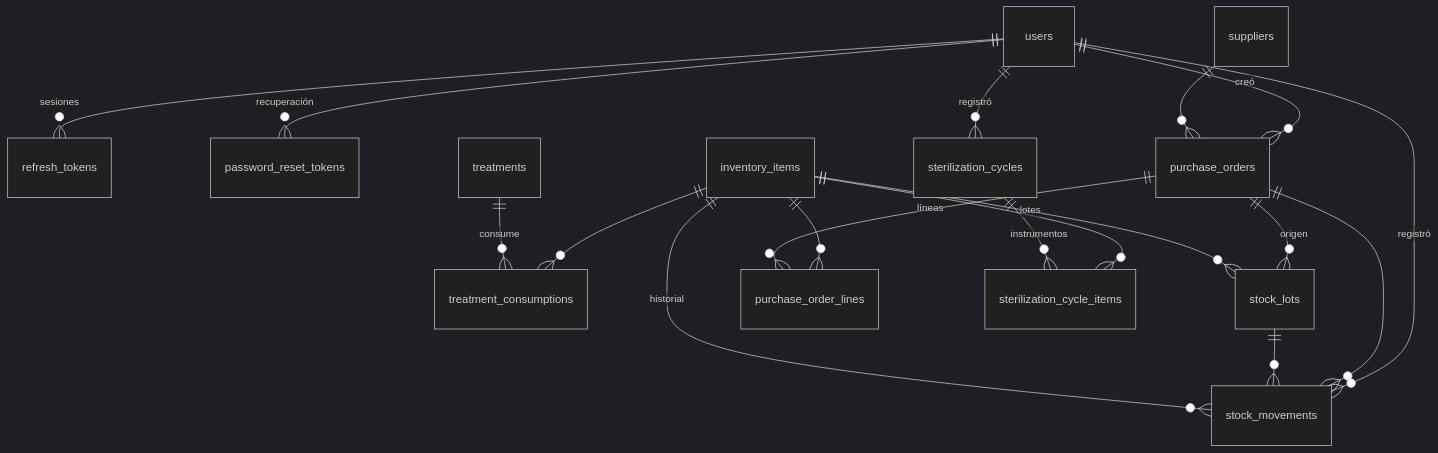
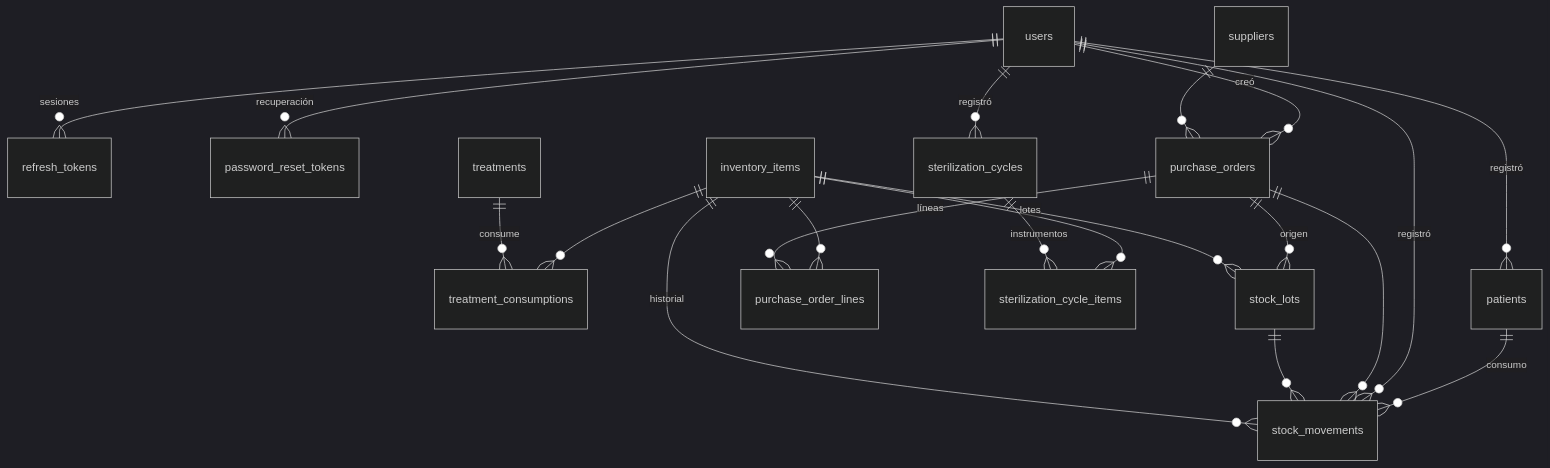
The diagram in back/docs/estructura-base.md (Jorgeflowers18/ClinicApp), drawn with Mermaid (dark theme) before and after one commit. The commit also changed other lines of this file and 36 other files, not shown here.

````diff
--- a/back/docs/estructura-base.md
+++ b/back/docs/estructura-base.md
@@ -76,20 +80,22 @@
 ```mermaid
 erDiagram
     users ||--o{ refresh_tokens : "sesiones"
     users ||--o{ password_reset_tokens : "recuperación"
     treatments ||--o{ treatment_consumptions : "consume"
     inventory_items ||--o{ treatment_consumptions : ""
     inventory_items ||--o{ stock_lots : "lotes"
     inventory_items ||--o{ stock_movements : "historial"
     stock_lots ||--o{ stock_movements : ""
     suppliers ||--o{ purchase_orders : ""
     purchase_orders ||--o{ purchase_order_lines : "líneas"
     inventory_items ||--o{ purchase_order_lines : ""
     purchase_orders ||--o{ stock_lots : "origen"
     purchase_orders ||--o{ stock_movements : ""
     sterilization_cycles ||--o{ sterilization_cycle_items : "instrumentos"
     inventory_items ||--o{ sterilization_cycle_items : ""
     users ||--o{ stock_movements : "registró"
     users ||--o{ purchase_orders : "creó"
     users ||--o{ sterilization_cycles : "registró"
+    patients ||--o{ stock_movements : "consumo"
+    users ||--o{ patients : "registró"
 ```
````
